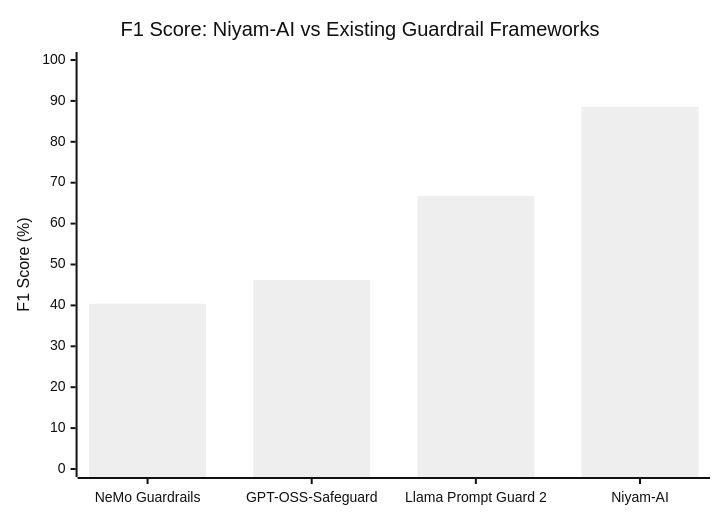
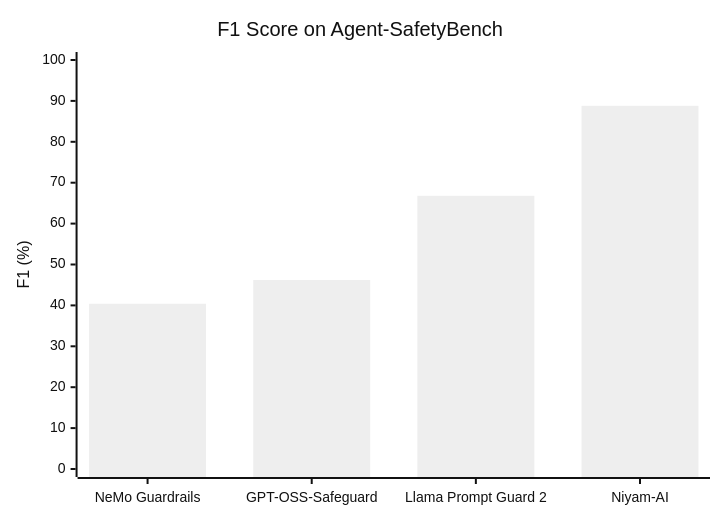
The second of 2 diagrams in README.md (Addyk-24/Niyam-AI), drawn with Mermaid before and after one commit. The commit also changed other lines of this file, not shown here.

````diff
--- a/README.md
+++ b/README.md
@@ -122,8 +78,8 @@
 ```mermaid
 %%{init: {'theme':'neutral'}}%%
 xychart-beta
-    title "F1 Score: Niyam-AI vs Existing Guardrail Frameworks"
+    title "F1 Score on Agent-SafetyBench"
     x-axis ["NeMo Guardrails", "GPT-OSS-Safeguard", "Llama Prompt Guard 2", "Niyam-AI"]
-    y-axis "F1 Score (%)" 0 --> 100
-    bar [40.4, 46.2, 66.8, 88.5]
+    y-axis "F1 (%)" 0 --> 100
+    bar [40.4, 46.2, 66.8, 88.8]
 ```
````
